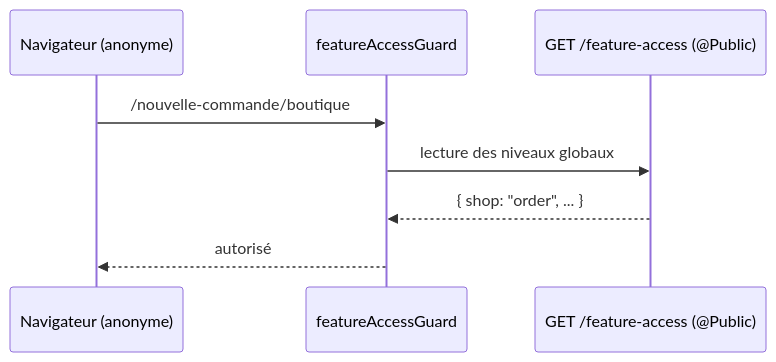
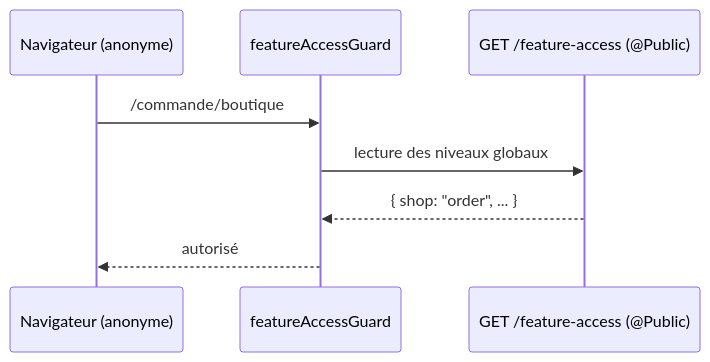
Before and after one commit to hugoheynard/lfd: the third of 4 diagrams in documentation/order/flux-de-commande.md, drawn with Mermaid. The commit also changed other lines of this file and 1 other file, not shown here.

First line of the commit message:
docs(order): le flux de commande reprend les adresses du 2026-09-21

````diff
--- a/documentation/order/flux-de-commande.md
+++ b/documentation/order/flux-de-commande.md
@@ -100,10 +130,10 @@
 ```mermaid
 sequenceDiagram
     participant N as Navigateur (anonyme)
     participant G as featureAccessGuard
     participant API as GET /feature-access (@Public)
-    N->>G: /nouvelle-commande/boutique
+    N->>G: /commande/boutique
     G->>API: lecture des niveaux globaux
     API-->>G: { shop: "order", ... }
     G-->>N: autorisé
 ```
````
